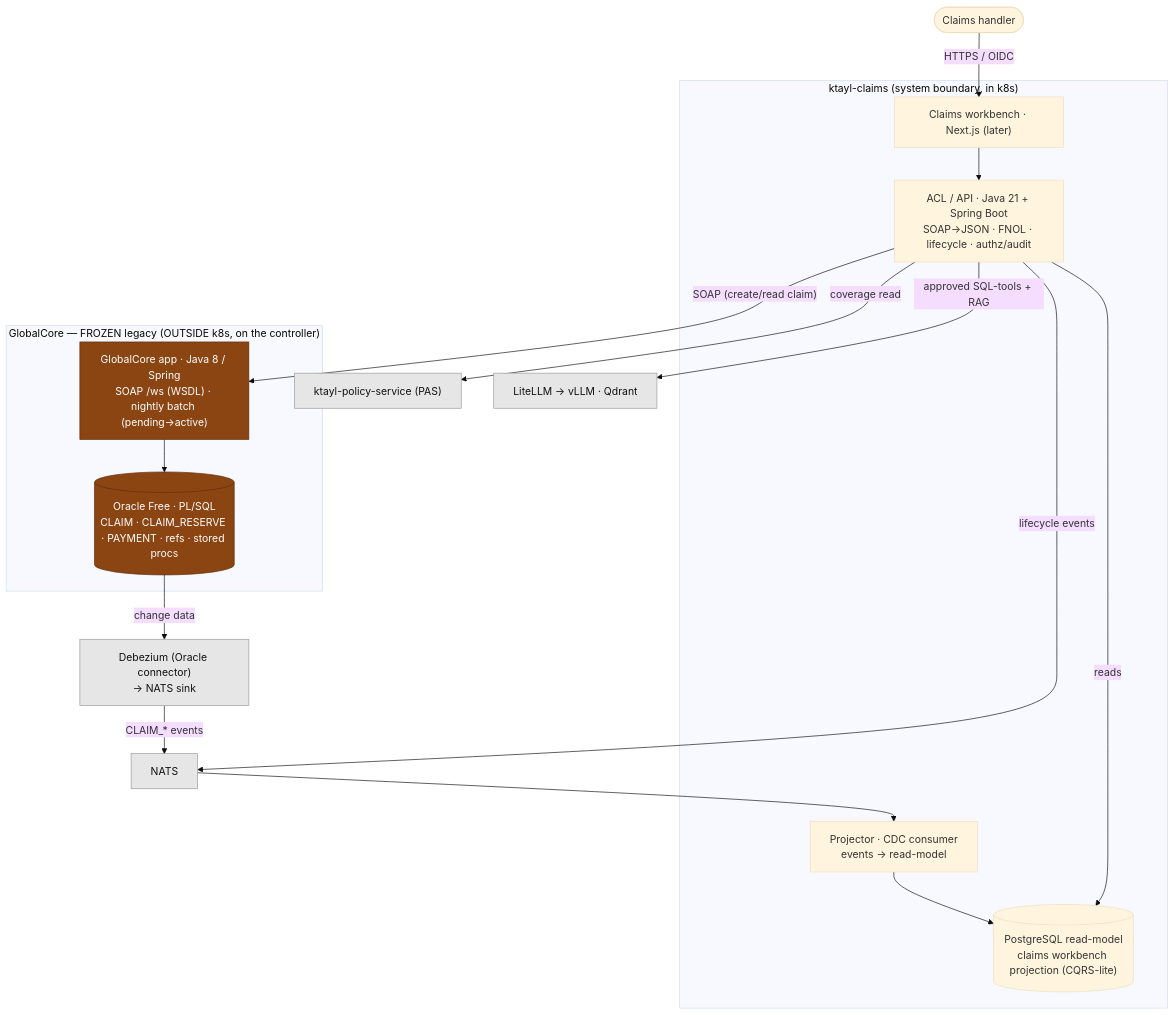
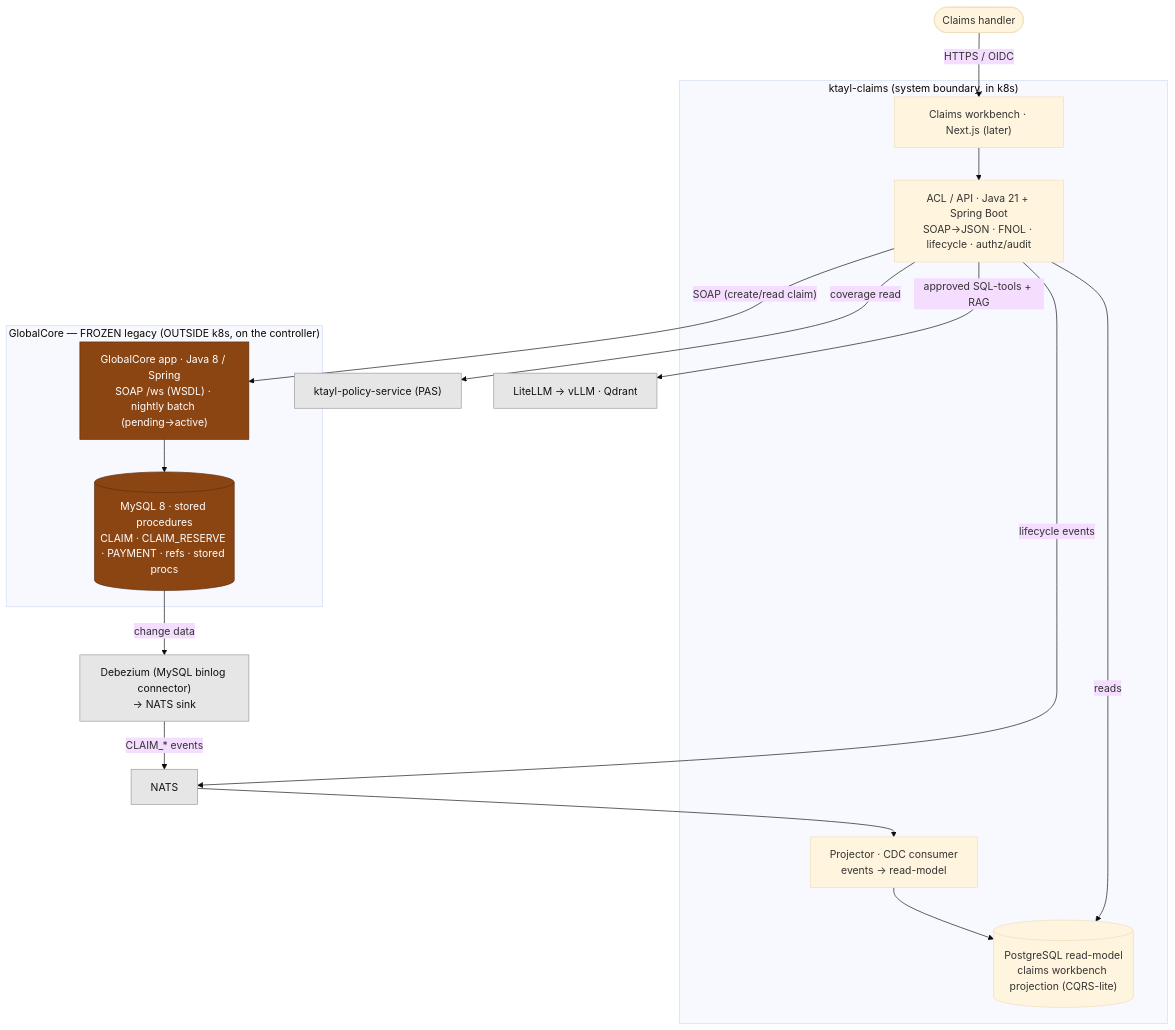
The second of 3 diagrams in docs/architecture/solution-architecture.md (andrelair-platform/ktayl-claims), drawn with Mermaid (base theme) before and after one commit. The commit also changed other lines of this file and 3 other files, not shown here.

````diff
--- a/docs/architecture/solution-architecture.md
+++ b/docs/architecture/solution-architecture.md
@@ -67,39 +70,39 @@
 ```mermaid
 flowchart TB
   handler(["Claims handler"])
 
   subgraph LEG["GlobalCore — FROZEN legacy (OUTSIDE k8s, on the controller)"]
     app["GlobalCore app · Java 8 / Spring<br/>SOAP /ws (WSDL) · nightly batch (pending→active)"]
-    ora[("Oracle Free · PL/SQL<br/>CLAIM · CLAIM_RESERVE · PAYMENT · refs · stored procs")]
+    ora[("MySQL 8 · stored procedures<br/>CLAIM · CLAIM_RESERVE · PAYMENT · refs · stored procs")]
     app --> ora
   end
 
   subgraph S["ktayl-claims (system boundary, in k8s)"]
     acl["ACL / API · Java 21 + Spring Boot<br/>SOAP→JSON · FNOL · lifecycle · authz/audit"]
     proj["Projector · CDC consumer<br/>events → read-model"]
     rm[("PostgreSQL read-model<br/>claims workbench projection (CQRS-lite)")]
     web["Claims workbench · Next.js (later)"]
   end
 
-  cdc["Debezium (Oracle connector)<br/>→ NATS sink"]
+  cdc["Debezium (MySQL binlog connector)<br/>→ NATS sink"]
   bus["NATS"]
   pas["ktayl-policy-service (PAS)"]
   ai["LiteLLM → vLLM · Qdrant"]
 
   handler -->|"HTTPS / OIDC"| web
   web --> acl
   acl -->|"SOAP (create/read claim)"| app
   acl -->|"coverage read"| pas
   ora -->|"change data"| cdc
   cdc -->|"CLAIM_* events"| bus
   bus --> proj
   proj --> rm
   acl -->|"reads"| rm
   acl -->|"approved SQL-tools + RAG"| ai
   acl -->|"lifecycle events"| bus
 
   classDef legacy fill:#8B4513,stroke:#5c2e0e,color:#fff
   classDef ext fill:#e6e6e6,stroke:#999,color:#111
   class app,ora legacy
   class cdc,bus,pas,ai ext
 ```
````
